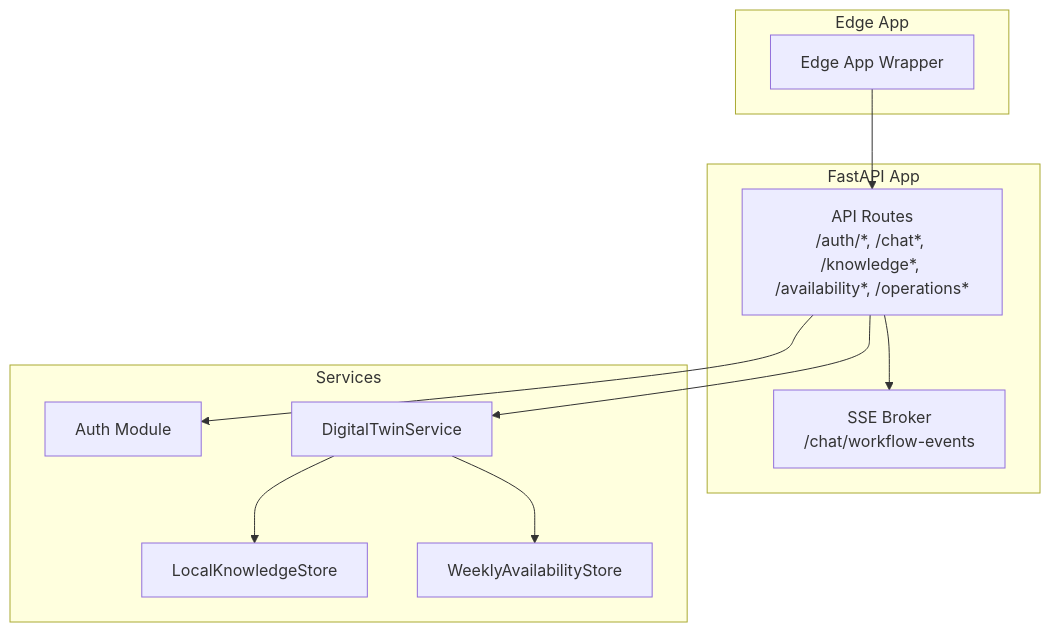
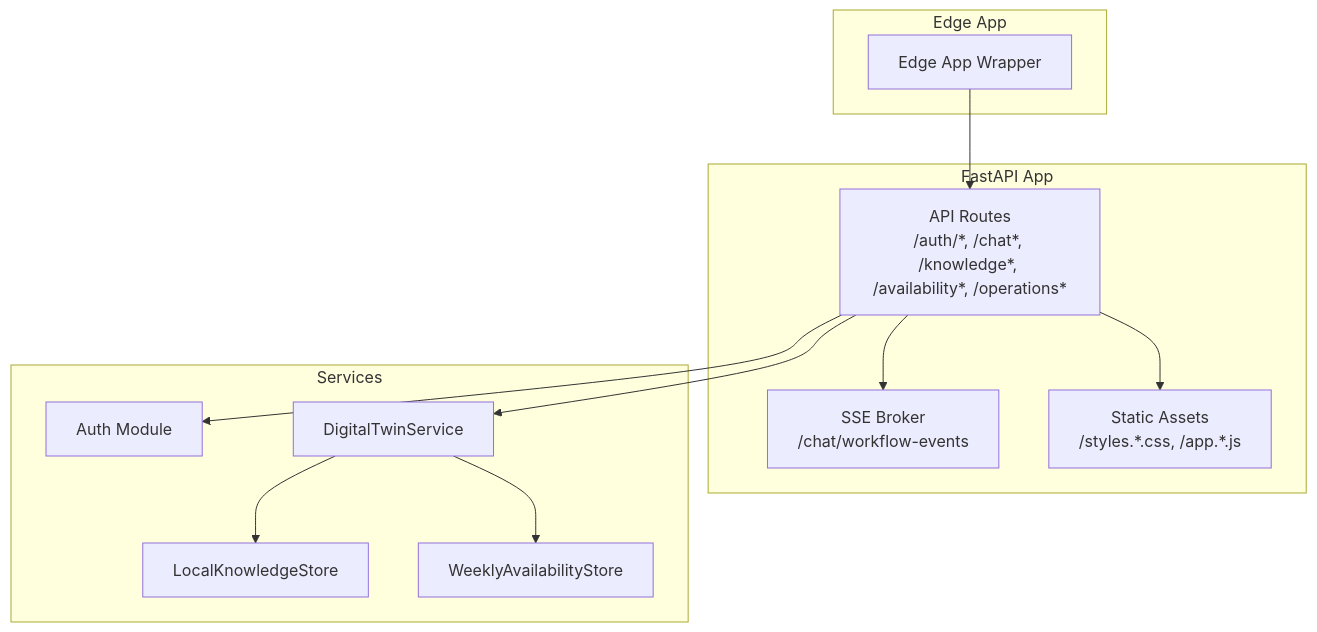
The first of 3 diagrams in .qoder/repowiki/en/content/API Reference/API Reference.md (intellistream/sage-mate), drawn with Mermaid before and after one commit. The commit also changed other lines of this file and 34 other files, not shown here.

````diff
--- a/.qoder/repowiki/en/content/API Reference/API Reference.md
+++ b/.qoder/repowiki/en/content/API Reference/API Reference.md
@@ -60,22 +61,24 @@
 ```mermaid
 graph TB
 subgraph "Edge App"
 Edge["Edge App Wrapper"]
 end
 subgraph "FastAPI App"
 API["API Routes<br/>/auth/*, /chat*, /knowledge*, /availability*, /operations*"]
 SSE["SSE Broker<br/>/chat/workflow-events"]
+Static["Static Assets<br/>/styles.*.css, /app.*.js"]
 end
 subgraph "Services"
 Auth["Auth Module"]
 Service["DigitalTwinService"]
 KB["LocalKnowledgeStore"]
 Avail["WeeklyAvailabilityStore"]
 end
 Edge --> API
 API --> Auth
 API --> Service
 Service --> KB
 Service --> Avail
 API --> SSE
+API --> Static
 ```
````
